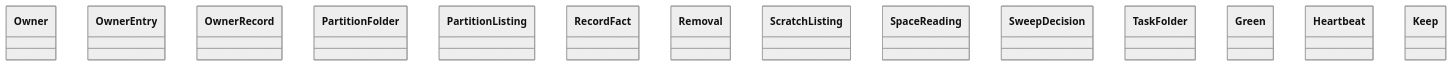
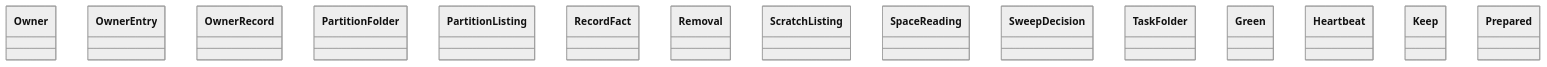
The diagram in docs/architecture/generated/classes-process-domain-machine-3.md (GonzaloZevallos/agentic-system), drawn with Mermaid (neutral theme) before and after one commit. The commit also changed 7 other files, not shown here.

````diff
--- a/docs/architecture/generated/classes-process-domain-machine-3.md
+++ b/docs/architecture/generated/classes-process-domain-machine-3.md
@@ -33,17 +33,18 @@
 ```mermaid
 classDiagram
     class scratch__Owner["Owner"]
     class scratch__OwnerEntry["OwnerEntry"]
     class scratch__OwnerRecord["OwnerRecord"]
     class scratch__PartitionFolder["PartitionFolder"]
     class scratch__PartitionListing["PartitionListing"]
     class scratch__RecordFact["RecordFact"]
     class scratch__Removal["Removal"]
     class scratch__ScratchListing["ScratchListing"]
     class scratch__SpaceReading["SpaceReading"]
     class scratch__SweepDecision["SweepDecision"]
     class scratch__TaskFolder["TaskFolder"]
     class stage0_rotation__Green["Green"]
     class stage0_rotation__Heartbeat["Heartbeat"]
     class stage0_rotation__Keep["Keep"]
+    class stage0_rotation__Prepared["Prepared"]
 ```
````
